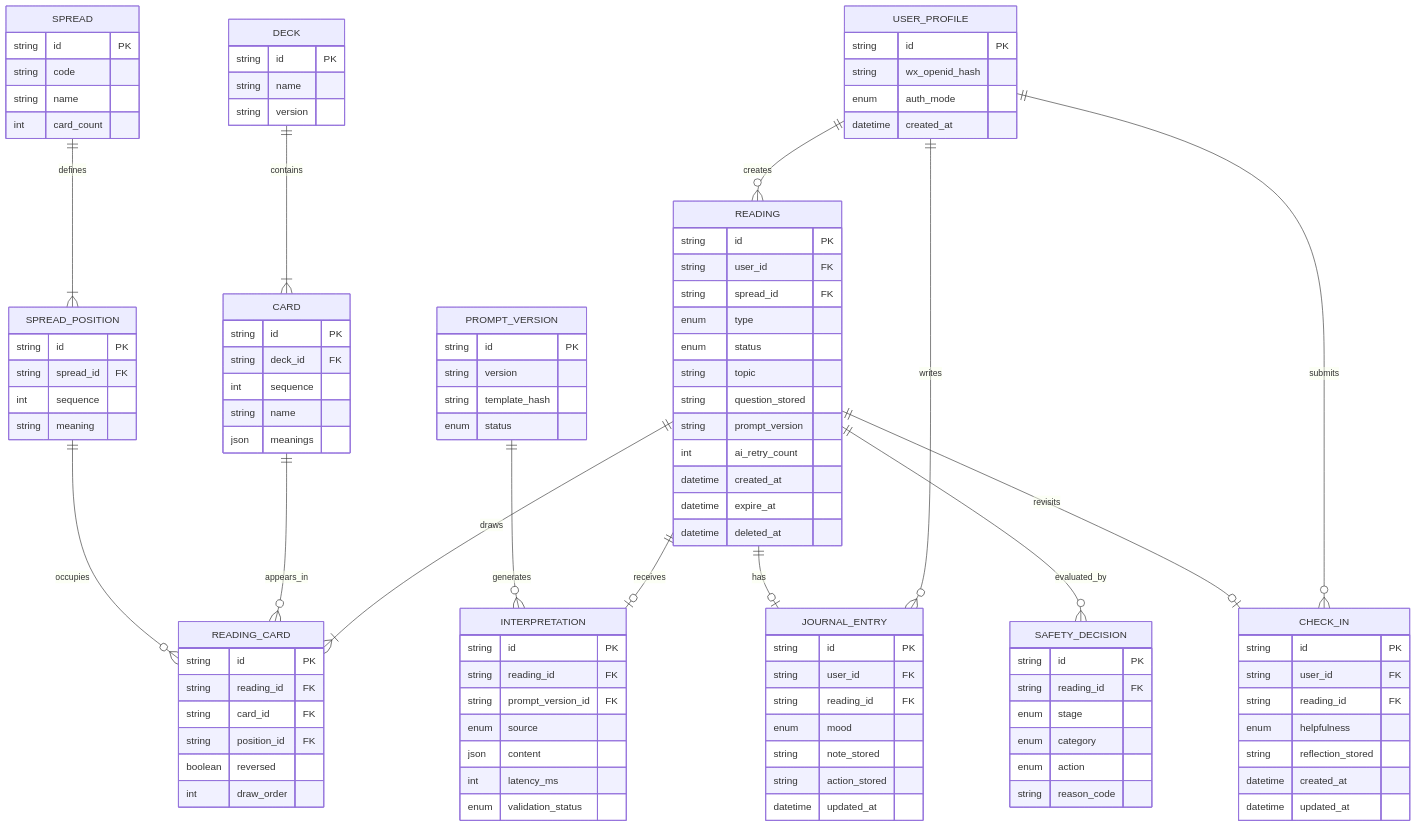
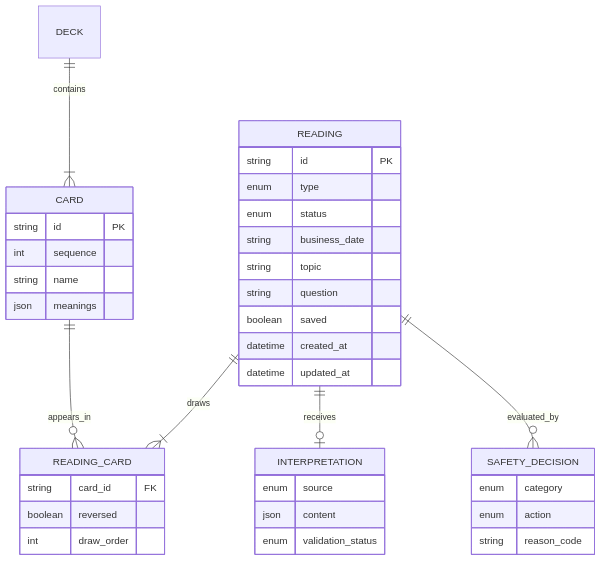
The second of 4 diagrams in docs/product/02-mvp-prd.md (chenzhiyong1994/arcana-mirror), drawn with Mermaid before and after one commit. The commit also changed other lines of this file and 56 other files, not shown here.

````diff
--- a/docs/product/02-mvp-prd.md
+++ b/docs/product/02-mvp-prd.md
@@ -327,108 +291,39 @@
 ```mermaid
 erDiagram
-    USER_PROFILE ||--o{ READING : creates
-    USER_PROFILE ||--o{ JOURNAL_ENTRY : writes
-    USER_PROFILE ||--o{ CHECK_IN : submits
     DECK ||--|{ CARD : contains
-    SPREAD ||--|{ SPREAD_POSITION : defines
     READING ||--|{ READING_CARD : draws
     CARD ||--o{ READING_CARD : appears_in
-    SPREAD_POSITION ||--o{ READING_CARD : occupies
     READING ||--o| INTERPRETATION : receives
-    READING ||--o| JOURNAL_ENTRY : has
-    READING ||--o| CHECK_IN : revisits
-    PROMPT_VERSION ||--o{ INTERPRETATION : generates
     READING ||--o{ SAFETY_DECISION : evaluated_by
 
-    USER_PROFILE {
-        string id PK
-        string wx_openid_hash
-        enum auth_mode
-        datetime created_at
-    }
-    DECK {
-        string id PK
-        string name
-        string version
-    }
     CARD {
         string id PK
-        string deck_id FK
         int sequence
         string name
         json meanings
     }
-    SPREAD {
-        string id PK
-        string code
-        string name
-        int card_count
-    }
-    SPREAD_POSITION {
-        string id PK
-        string spread_id FK
-        int sequence
-        string meaning
-    }
     READING {
         string id PK
-        string user_id FK
-        string spread_id FK
         enum type
         enum status
+        string business_date
         string topic
-        string question_stored
-        string prompt_version
-        int ai_retry_count
+        string question
+        boolean saved
         datetime created_at
-        datetime expire_at
-        datetime deleted_at
+        datetime updated_at
     }
     READING_CARD {
-        string id PK
-        string reading_id FK
         string card_id FK
-        string position_id FK
         boolean reversed
         int draw_order
     }
     INTERPRETATION {
-        string id PK
-        string reading_id FK
-        string prompt_version_id FK
         enum source
         json content
-        int latency_ms
         enum validation_status
     }
-    JOURNAL_ENTRY {
-        string id PK
-        string user_id FK
-        string reading_id FK
-        enum mood
-        string note_stored
-        string action_stored
-        datetime updated_at
-    }
-    CHECK_IN {
-        string id PK
-        string user_id FK
-        string reading_id FK
-        enum helpfulness
-        string reflection_stored
-        datetime created_at
-        datetime updated_at
-    }
-    PROMPT_VERSION {
-        string id PK
-        string version
-        string template_hash
-        enum status
-    }
     SAFETY_DECISION {
-        string id PK
-        string reading_id FK
-        enum stage
         enum category
         enum action
         string reason_code
````
